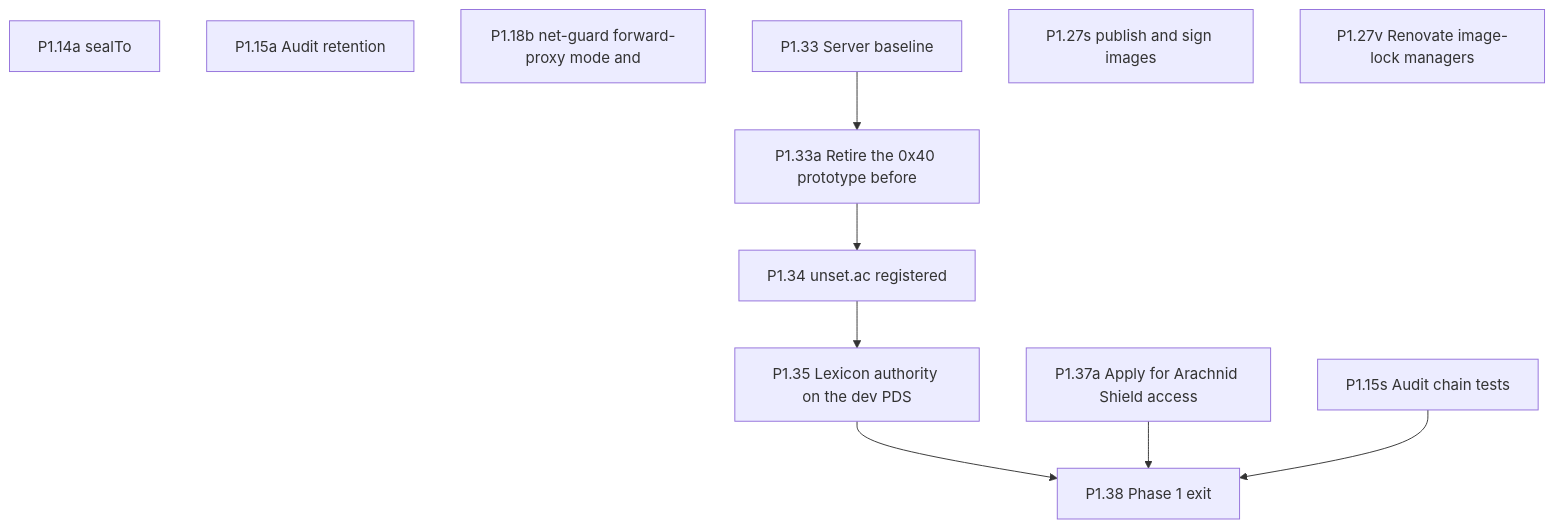
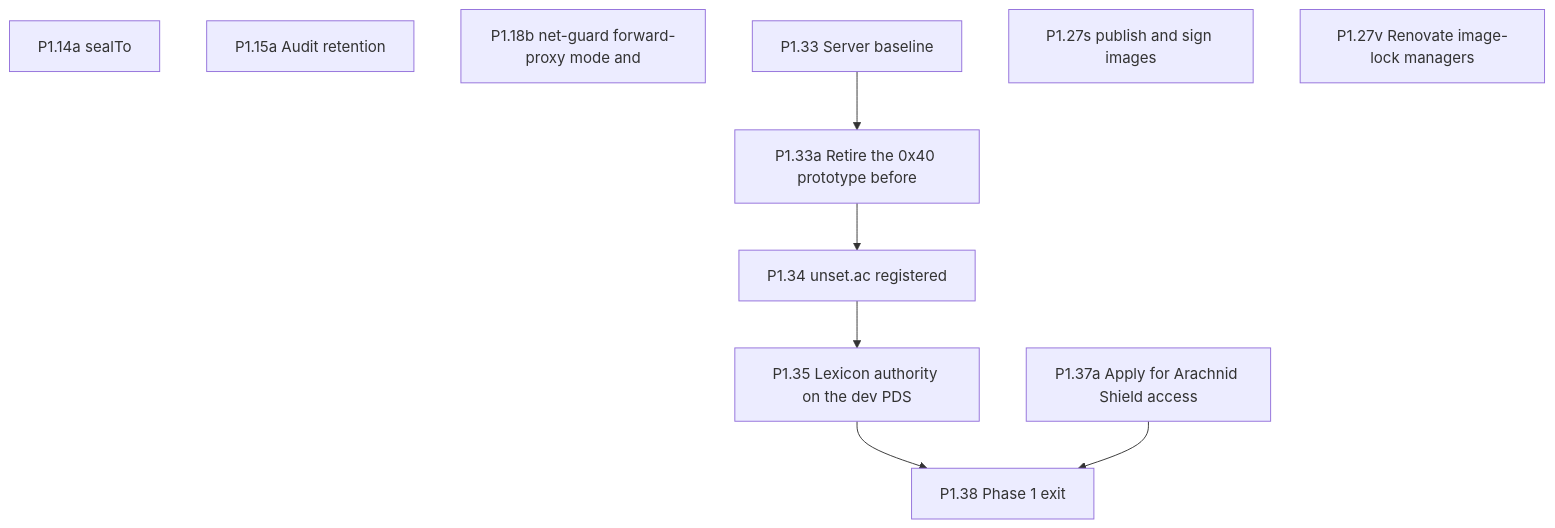
One commit to Undefined6799/unset changed the fourth of 11 diagrams in docs/ai/book/01-outline.md. Above: the diagram before and after it, drawn with Mermaid. The commit also changed other lines of this file and 3 other files, not shown here.

````diff
--- a/docs/ai/book/01-outline.md
+++ b/docs/ai/book/01-outline.md
@@ -597,21 +608,19 @@
 ```mermaid
 flowchart TD
   P1_14a["P1.14a sealTo"]
   P1_15a["P1.15a Audit retention"]
-  P1_15s["P1.15s Audit chain tests"]
   P1_18b["P1.18b net-guard forward-proxy mode and"]
   P1_33["P1.33 Server baseline"]
   P1_33a["P1.33a Retire the 0x40 prototype before"]
   P1_34["P1.34 unset.ac registered"]
   P1_35["P1.35 Lexicon authority on the dev PDS"]
   P1_27s["P1.27s publish and sign images"]
   P1_27v["P1.27v Renovate image-lock managers"]
   P1_37a["P1.37a Apply for Arachnid Shield access"]
   P1_38["P1.38 Phase 1 exit"]
   P1_33 --> P1_33a
   P1_33a --> P1_34
   P1_34 --> P1_35
   P1_35 --> P1_38
   P1_37a --> P1_38
-  P1_15s --> P1_38
 ```
````
